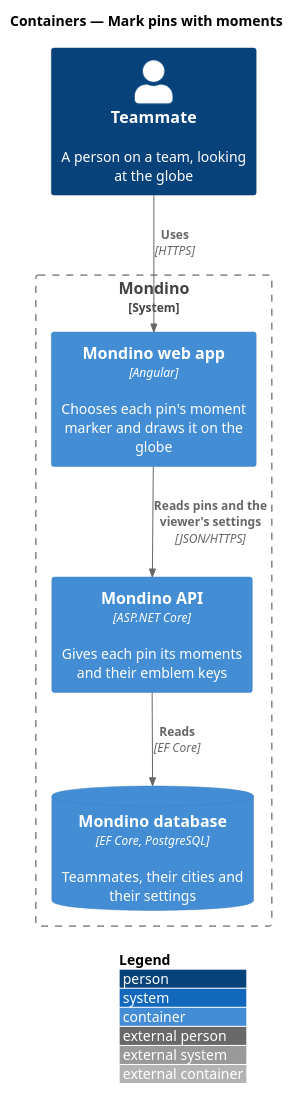
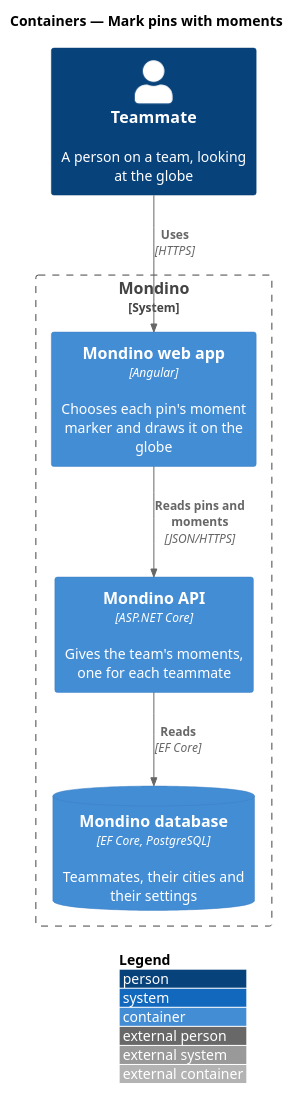
One commit to QuinntyneBrown/Mondino changed the diagram in docs/detailed-designs/moments/mark-pins-with-moments/diagrams/c4-container.puml. Above: the diagram before and after it, drawn with PlantUML. The commit also changed 12 other files, not shown here.

```diff
--- a/docs/detailed-designs/moments/mark-pins-with-moments/diagrams/c4-container.puml
+++ b/docs/detailed-designs/moments/mark-pins-with-moments/diagrams/c4-container.puml
@@ -1,16 +1,16 @@
 @startuml
 !include <C4/C4_Container>
 LAYOUT_WITH_LEGEND()
 title Containers — Mark pins with moments
 
 Person(teammate, "Teammate", "A person on a team, looking at the globe")
 System_Boundary(mondino, "Mondino") {
   Container(web, "Mondino web app", "Angular", "Chooses each pin's moment marker and draws it on the globe")
-  Container(api, "Mondino API", "ASP.NET Core", "Gives each pin its moments and their emblem keys")
+  Container(api, "Mondino API", "ASP.NET Core", "Gives the team's moments, one for each teammate")
   ContainerDb(db, "Mondino database", "EF Core, PostgreSQL", "Teammates, their cities and their settings")
 }
 
 Rel(teammate, web, "Uses", "HTTPS")
-Rel(web, api, "Reads pins and the viewer's settings", "JSON/HTTPS")
+Rel(web, api, "Reads pins and moments", "JSON/HTTPS")
 Rel(api, db, "Reads", "EF Core")
 @enduml
```
